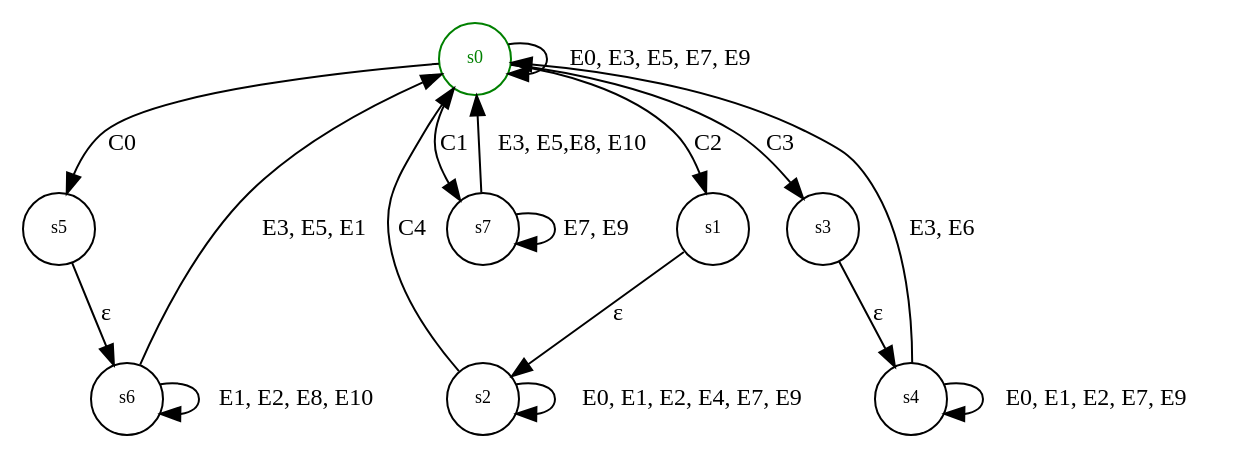
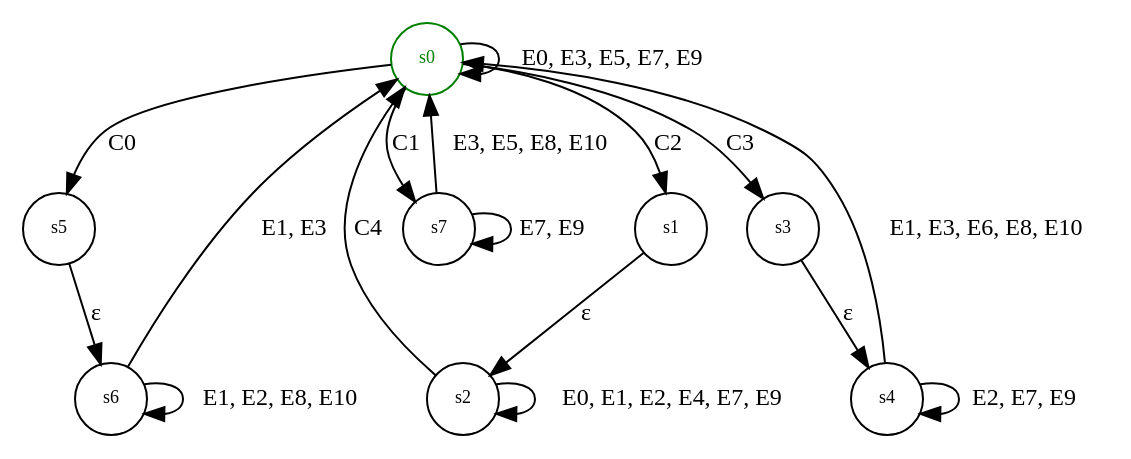
One commit to eidolonsystems/clipped_table changed the diagram in source/state_machine_row_selection.gv. Above: the diagram before and after it, drawn with Graphviz.

Commit message:
Cleaned up CTRL.

```diff
--- a/source/state_machine_row_selection.gv
+++ b/source/state_machine_row_selection.gv
@@ -1,149 +1,158 @@
 
 digraph ColumnResizing{
   node [shape = circle, fontsize = 9];
   edge [ fontsize = 12];
 
   s0 [label="s0" color = green, fontcolor = green,];
   s5 [label="s5"];
   s6 [label="s6"];
   s1 [label="s1"];
   s2 [label="s2"];
   s3 [label="s3"];
   s4 [label="s4"];
 
 
   s0 -> s0 [label = "E0, E3, E5, E7, E9"];
   s0 -> s5 [label = "C0"];
   s0 -> s1 [label = "C2"];
   s0 -> s3 [label = "C3"];
   s5 -> s6 [label = "&#949;"];
   s6 -> s6 [label = "E1, E2, E8, E10"];
-  s6 -> s0 [label = "E3, E5, E1" ];
+  s6 -> s0 [label = "E1, E3" ];
   s1 -> s2 [label = "&#949;"];
   s2 -> s2 [label = "E0, E1, E2, E4, E7, E9"];
   s2 -> s0 [label = "C4"];
   s3 -> s4 [label = "&#949;"];
-  s4 -> s0 [label = "E3, E6"];
-  s4 -> s4 [label = "E0, E1, E2, E7, E9"];
+  s4 -> s0 [label = "E1, E3, E6, E8, E10"];
+  s4 -> s4 [label = "E2, E7, E9"];
   s0 -> s7 [label = "C1"];
   s7 -> s7 [label = "E7, E9"];
-  s7 -> s0 [label = "E3, E5,E8, E10"];
+  s7 -> s0 [label = "E3, E5, E8, E10"];
   
   { rank=same; s5, s7 }
 }
 
 /**
+Parameters:
+originalTable (TableModel)
+
 Fields:
 selectedRows (ArrayTableModel) 
   - The model that keeps track of which rows are selected
 highlightedRow (number) - The row currently highlighted
 previousRow (number) - The last row that was current
 currentRow (number) - The row the mouse is currently inside or 
   that the keyboard is focued on
 isShiftDown (boolean) - Keeps trackXX of if SHIFT is down
 isCtrlDown (boolean) - Keeps track of if CTRL is down
 isMouseDown (boolean) - Keeps track of the left mouse button
 isUpDown (boolean) - Keeps track of if the up key is down
 isDownDown (boolean) - Keeps track of if the down key is down
 isAdding (boolean) - Keeps track of if rows should be added
 
-Init:
-selectedRows = []
+Initialization:
+selectedRows = new ArrayTable()
+for(row in OriginalTable) {
+  selectedRows.add([false]);
+}
+add row 0 to selectedRows
 hilightedRow = 0
 previousRow = 0
 currentRow = 0
 isShiftDown = false
 isCtrlDown = false
 isMouseDown = false
 isUpDown = false
 isDownDown = false
 isAdding = true
 
 States:
 s0: Starting state.
 s1:
   selectedRows = clear all true values
   previousRow = highlightedRow
 s2: 
   if(currentRow >= previousRow && currentRow >= highlightedRow
       || currentRow <= previousRow && currentRow <= highlightedRow) {
     add rows from previousRow to currentRow
   } else {
     remove rows from previousRow to currentRow
   }
 s3:
   highlightedRow = currentRow
   previousRow = highlightedRow
   if(current in selected[]) {
     isAdding = false;
   } else {
     isAdding = true;
   }
 s4:
   if(isAdding) {
     if(currentRow >= previousRow && currentRow >= highlightedRow
         || currentRow <= previousRow && currentRow <= highlightedRow) {
       add rows from previousRow to currentRow
     } else {
       remove rows from previousRow to currentRow
     }
   } else {
     if(currentRow >= previousRow && currentRow >= highlightedRow
         || currentRow <= previousRow && currentRow <= highlightedRow) {
       add rows from previousRow to currentRow
     } else {
       remove rows from previousRow to currentRow
     }
   }
 s5:
   selectedRows = clear all true values
   highlightedRow = currentRow
   previousRow = highlightedRow
 s6:
   if(currentRow >= previousRow && currentRow >= highlightedRow
       || currentRow <= previousRow && currentRow <= highlightedRow) {
     add rows from previousRow to currentRow
   } else {
     remove rows from previousRow to currentRow
   }
 s7:
   selectedRows = clear all true values
   highlightedRow = currentRow
   add hilightedRow to selectedRows
 
 C0: !isShiftDown && !isCtrlDown && isMouseDown
 C1: !isShiftDown && !isCtrlDown && (isUpDown || isDownDown)
 C2: isShiftDown && (isMouseDown || isUpDown || isDownDown)
 C3: isCtrlDown && (isMouseDown || isUpDown || isDownDown)
 C4: !isMouseDown && !isShiftDown
 
 E0: Mouse Down
   isMouseDown = true
   currentRow = row
 E1: Mouse Up
   isMouseDown = false
 E2: Mouse Enters a row
   if(isMouseDown): 
     currentRow = row
 E3: Shift Down
   isShiftDown = true
 E4: Shift Up
   isShiftDown = false
 E5: Ctrl Down
   isCtrlDown = true
 E6: Ctrl Up
   isCtrlDown = false
 E7: Up Button Down
   isUpDown = true
-  previousRow = currentRow
-  if (currentRow != 0):
-  currentRow = currentRow - 1
+  if (currentRow != 0 && !isMouseDown):
+    previousRow = currentRow
+    currentRow = currentRow - 1
 E8: Up Button Up
   isUpDown = false
 E9: Down Button Down
   isDownDown = true
-  previousRow = currentRow
-  currentRow = currentRow + 1
+  if(currentRow < selectedtable && !isMouseDown) {
+    previousRow = currentRow
+    currentRow = currentRow + 1
+  }
 E10: Down Button Up
    isDownDown = false
 */
```
